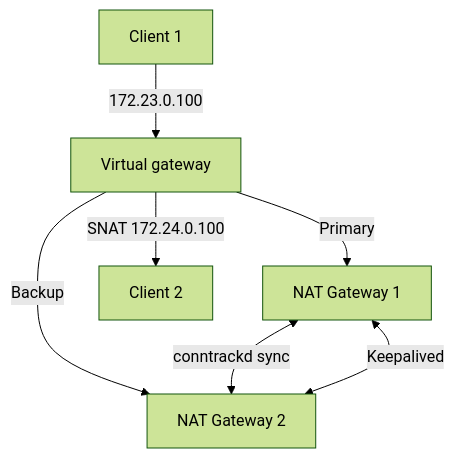
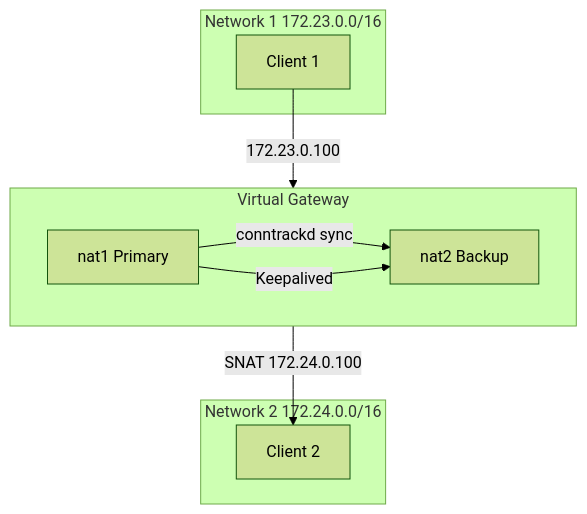
One commit to jakewatson-bristol/HA-NAT-gateway changed the diagram in README.md. Above: the diagram before and after it, drawn with Mermaid (forest theme). The commit also changed other lines of this file, not shown here.

Commit message:
updated diagram for clarity

````diff
--- a/README.md
+++ b/README.md
@@ -19,9 +20,17 @@
 ```mermaid
-graph TD
-    c1[Client 1] -->|172.23.0.100| GVIP[Virtual gateway]
-    GVIP -->|Primary| nat1[NAT Gateway 1]
-    GVIP -->|Backup| nat2[NAT Gateway 2]
-    GVIP --> |SNAT 172.24.0.100| client2[Client 2]
-    nat1 <-->|conntrackd sync| nat2
-    nat1 <-->|Keepalived| nat2
+flowchart TD
+c1[Client 1] -->|172.23.0.100| virtual_gateway
+virtual_gateway -->|SNAT 172.24.0.100| c2[Client 2]
+    subgraph virtual_gateway[Virtual Gateway]
+        nat1[nat1 Primary]
+        nat2[nat2 Backup]
+        nat1 -->|conntrackd sync| nat2
+        nat1 -->|Keepalived| nat2
+    end
+    subgraph net1[Network 1 172.23.0.0/16]
+        c1
+    end
+    subgraph net2[Network 2 172.24.0.0/16]
+        c2
+    end
 ```
````
